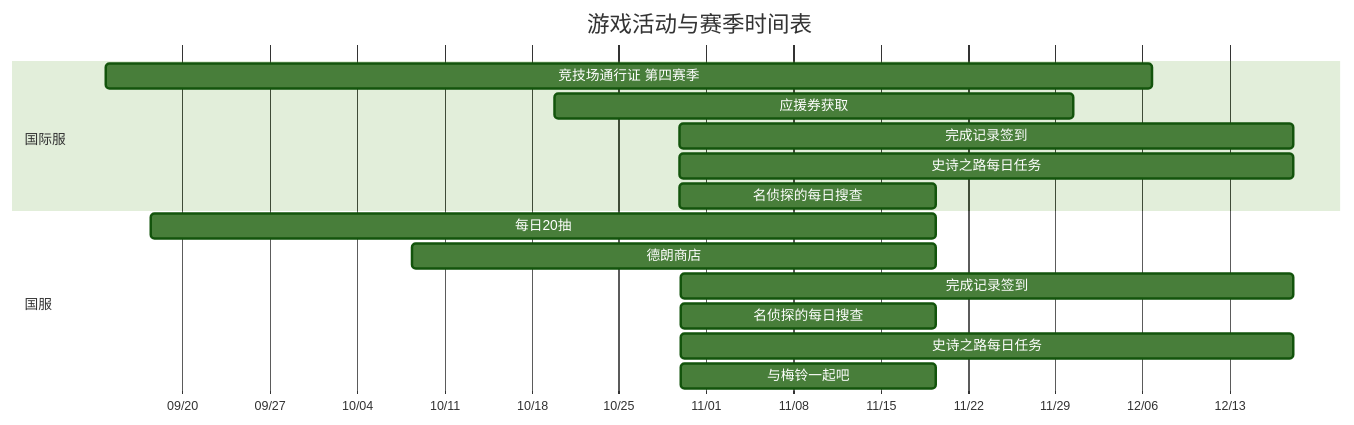
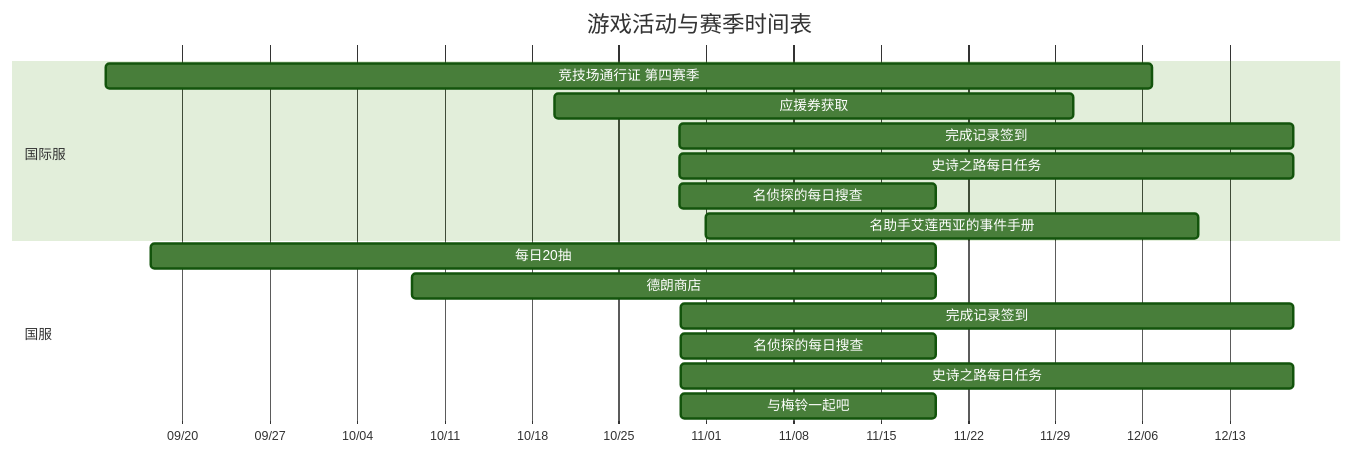
Before and after one commit to Rea1-ms/AutoEpicSeven: the diagram in tasks/activity/calendar.md, drawn with Mermaid (forest theme). The commit also changed other lines of this file and 53 other files, not shown here.

First line of the commit message:
Feat: claim Alencia handbook daily stamina rewards

````diff
--- a/tasks/activity/calendar.md
+++ b/tasks/activity/calendar.md
@@ -6,19 +6,20 @@
 ```mermaid
 gantt
     title 游戏活动与赛季时间表
     dateFormat YYYY-MM-DD HH:mm
     axisFormat %m/%d
     section 国际服
     竞技场通行证 第四赛季 :OVERSEA_arena_pass_oversea_2026_season_4, 2026-09-13 20:00, 2026-12-06 20:00
     应援券获取 :OVERSEA_support_reward_2026_10_19, 2026-10-19 21:10, 2026-11-30 11:00
     完成记录签到 :OVERSEA_completion_record_2026_10_29, 2026-10-29 20:37, 2026-12-18 02:00
     史诗之路每日任务 :OVERSEA_epic_path_2026_10_29, 2026-10-29 20:37, 2026-12-18 02:00
     名侦探的每日搜查 :OVERSEA_detective_search_2026_10_29, 2026-10-29 20:39, 2026-11-19 11:00
+    名助手艾莲西亚的事件手册 :OVERSEA_alencia_handbook_2026_11_01, 2026-11-01 00:05, 2026-12-10 11:00
     section 国服
     每日20抽 :CN_free_gacha_20_2026_08_27, 2026-09-17 11:00, 2026-11-19 11:00
     德朗商店 :CN_huche_shop_cn_2026_10_08, 2026-10-08 11:00, 2026-11-19 11:00
     完成记录签到 :CN_completion_record_2026_10_29, 2026-10-29 22:26, 2026-12-18 03:00
     名侦探的每日搜查 :CN_detective_search_2026_10_29, 2026-10-29 22:26, 2026-11-19 11:00
     史诗之路每日任务 :CN_epic_path_2026_10_29, 2026-10-29 22:26, 2026-12-18 03:00
     与梅铃一起吧  :CN_meirin_reward_2026_10_08, 2026-10-29 22:26, 2026-11-19 11:00
 ```
````
